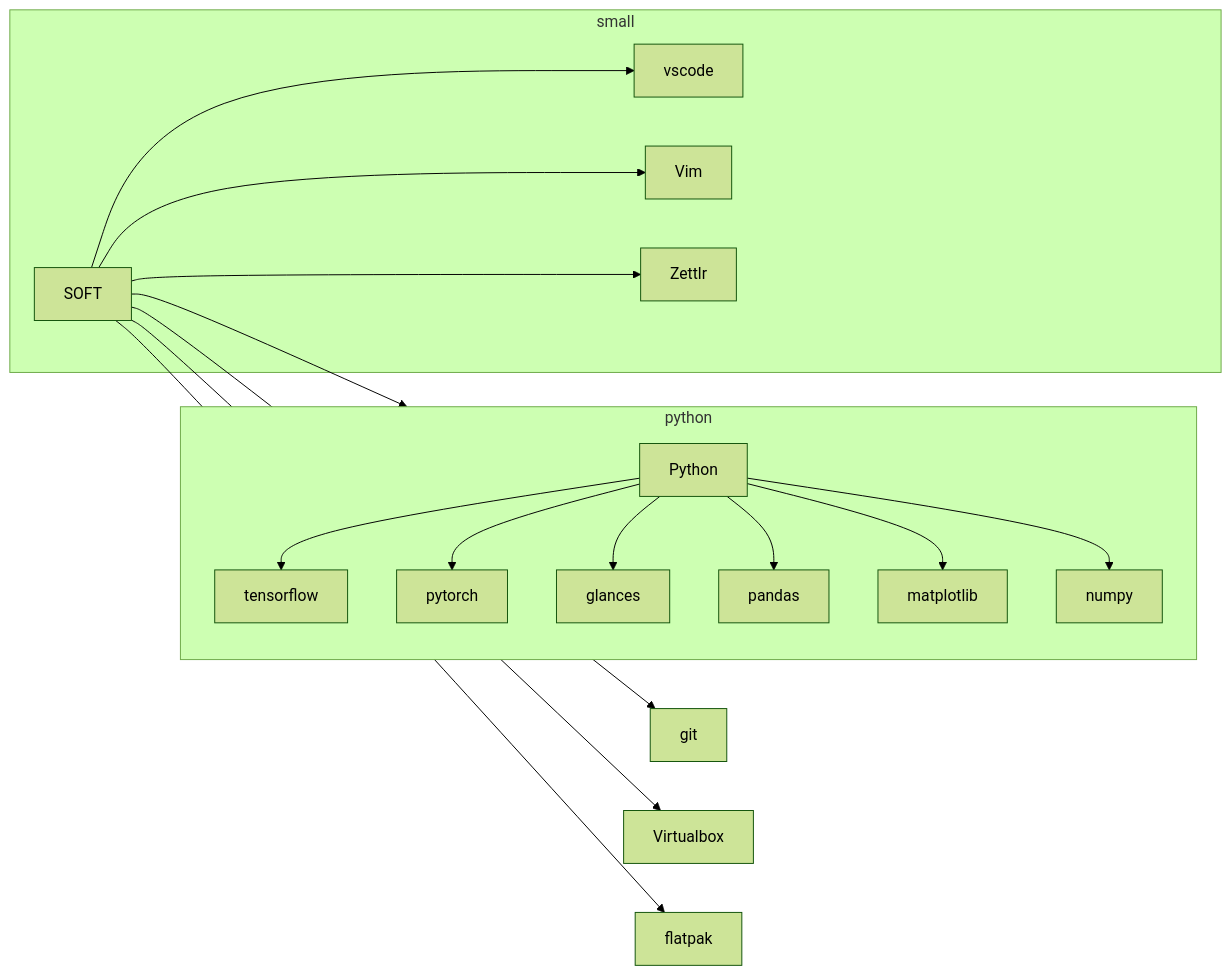
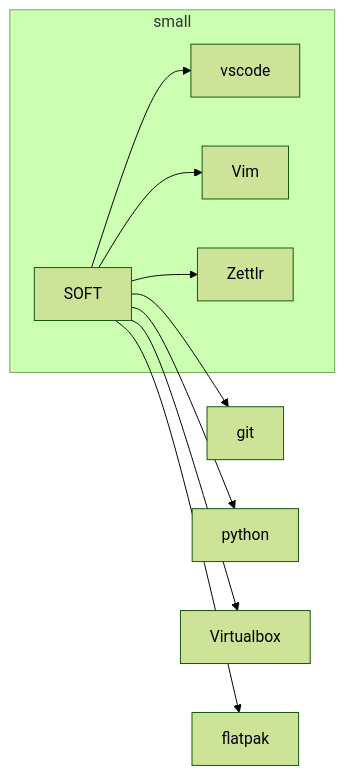
Before and after one commit to wow-yes/blog: the first of 2 diagrams in _soft/000-软件总结.md, drawn with Mermaid (forest theme). The commit also changed other lines of this file and 14 other files, not shown here.

````diff
--- a/_soft/000-软件总结.md
+++ b/_soft/000-软件总结.md
@@ -9,26 +9,19 @@
 ```mermaid
 graph LR
 
     SOFT -->  git
     SOFT -->  python
 
-    subgraph python
-        Python --> tensorflow
-        Python --> pytorch
-        Python --> glances
-        Python --> pandas
-        Python --> matplotlib
-        Python --> numpy
-    end
+
 
 
     SOFT   --> Virtualbox
 
     SOFT   --> flatpak
 
     subgraph small
         SOFT  --> vscode
         SOFT  --> Vim
         SOFT  --> Zettlr
     end
 ```
````
